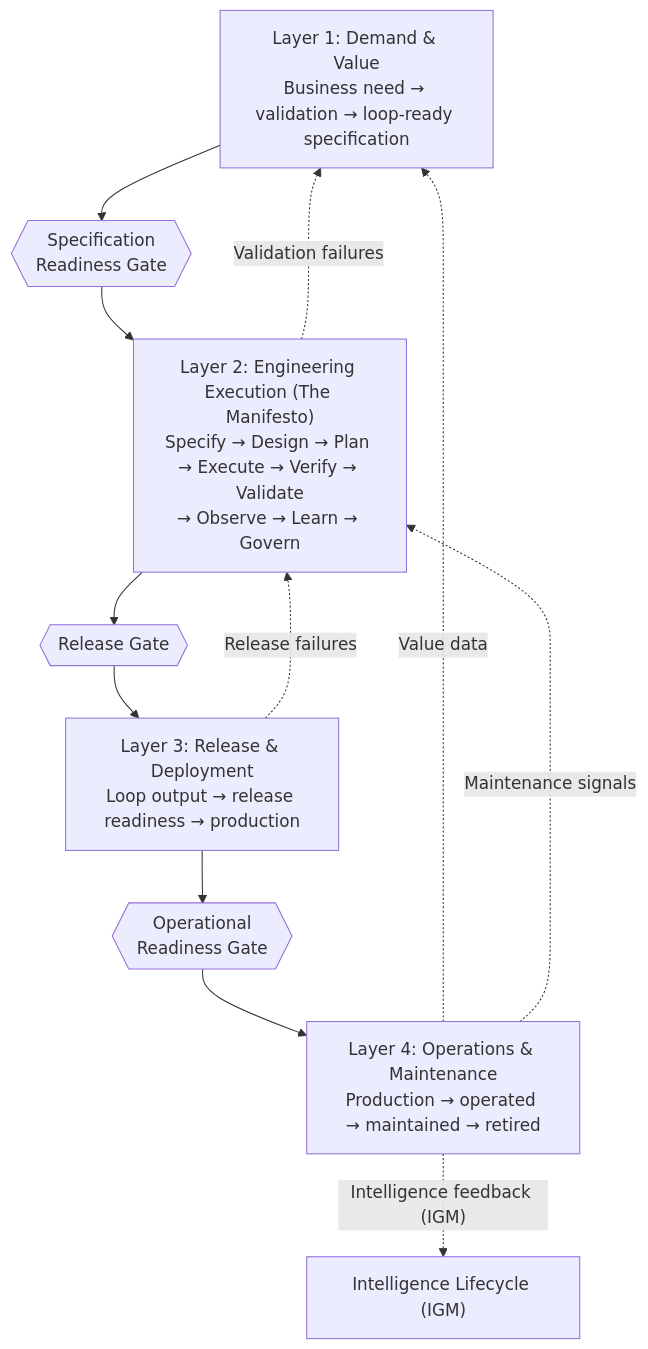
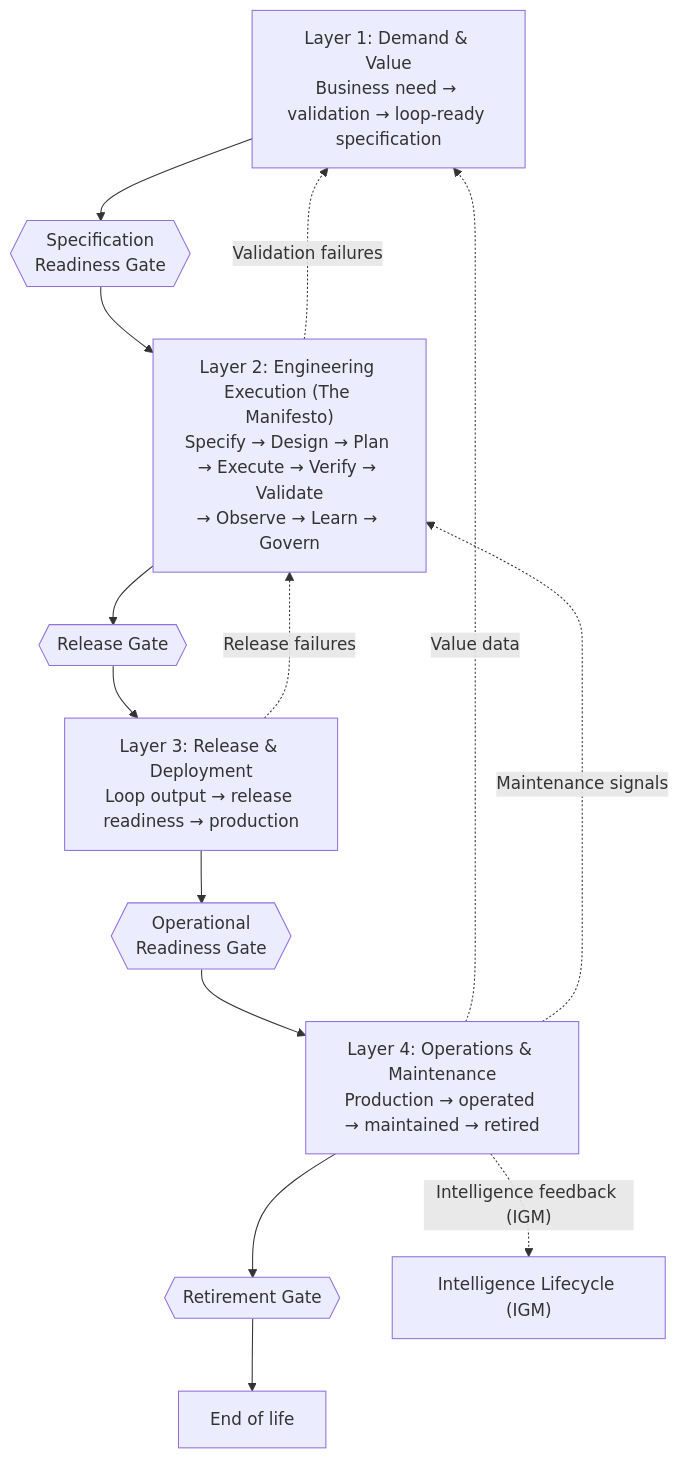
The diagram in asdlc.md (arnaudgelas/asdlc), drawn with Mermaid before and after one commit. The commit also changed other lines of this file and 18 other files, not shown here.

First line of the commit message:
docs: evolve ASDLC model with Retirement Gate and canonical registry

````diff
--- a/asdlc.md
+++ b/asdlc.md
@@ -33,18 +33,20 @@
 ```mermaid
 flowchart TB
     L1["Layer 1: Demand & Value\nBusiness need → validation → loop-ready specification"]
     Gate1{{"Specification\nReadiness Gate"}}
     L2["Layer 2: Engineering Execution (The Manifesto)\nSpecify → Design → Plan → Execute → Verify → Validate\n→ Observe → Learn → Govern"]
     Gate2{{"Release Gate"}}
     L3["Layer 3: Release & Deployment\nLoop output → release readiness → production"]
     Gate3{{"Operational\nReadiness Gate"}}
     L4["Layer 4: Operations & Maintenance\nProduction → operated → maintained → retired"]
+    Gate4{{"Retirement Gate"}}
+    End["End of life"]
 
-    L1 --> Gate1 --> L2 --> Gate2 --> L3 --> Gate3 --> L4
+    L1 --> Gate1 --> L2 --> Gate2 --> L3 --> Gate3 --> L4 --> Gate4 --> End
 
     L4 -.->|"Value data"| L1
     L4 -.->|"Maintenance signals"| L2
     L4 -.->|"Intelligence feedback (IGM)"| IGM["Intelligence Lifecycle (IGM)"]
     L3 -.->|"Release failures"| L2
     L2 -.->|"Validation failures"| L1
 ```
````
